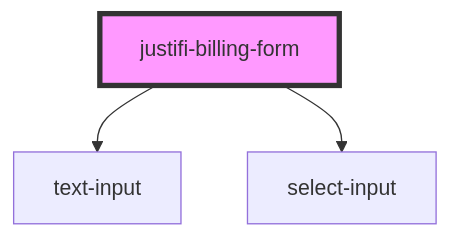
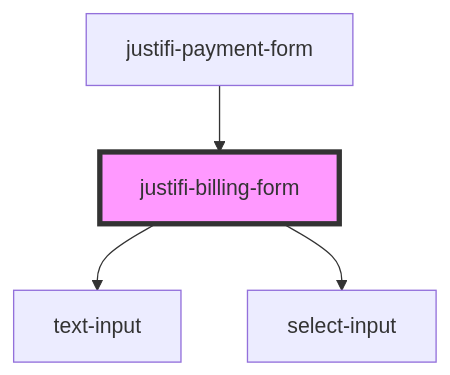
One commit to justifi-tech/web-component-library changed the diagram in stencil-library/src/components/billing-form/readme.md. Above: the diagram before and after it, drawn with Mermaid. The commit also changed other lines of this file and 6 other files, not shown here.

Commit message:
update payment-form to tokenize

````diff
--- a/stencil-library/src/components/billing-form/readme.md
+++ b/stencil-library/src/components/billing-form/readme.md
@@ -29,6 +43,7 @@
 ```mermaid
 graph TD;
   justifi-billing-form --> text-input
   justifi-billing-form --> select-input
+  justifi-payment-form --> justifi-billing-form
   style justifi-billing-form fill:#f9f,stroke:#333,stroke-width:4px
 ```
````
